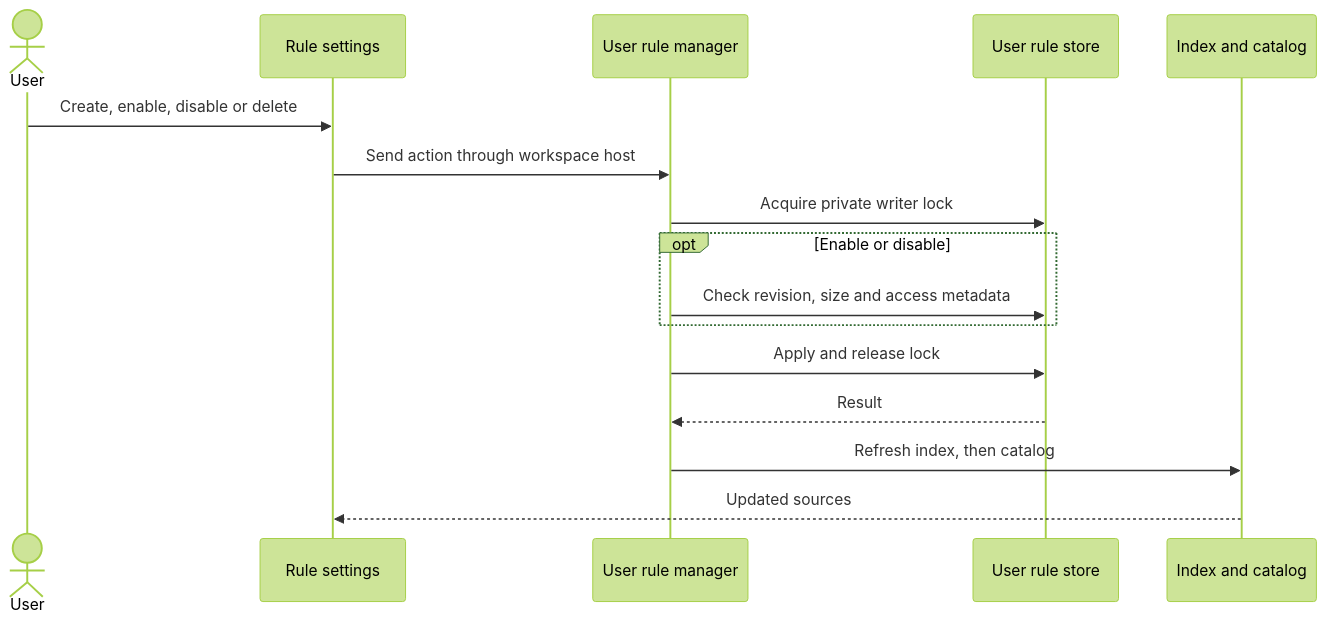
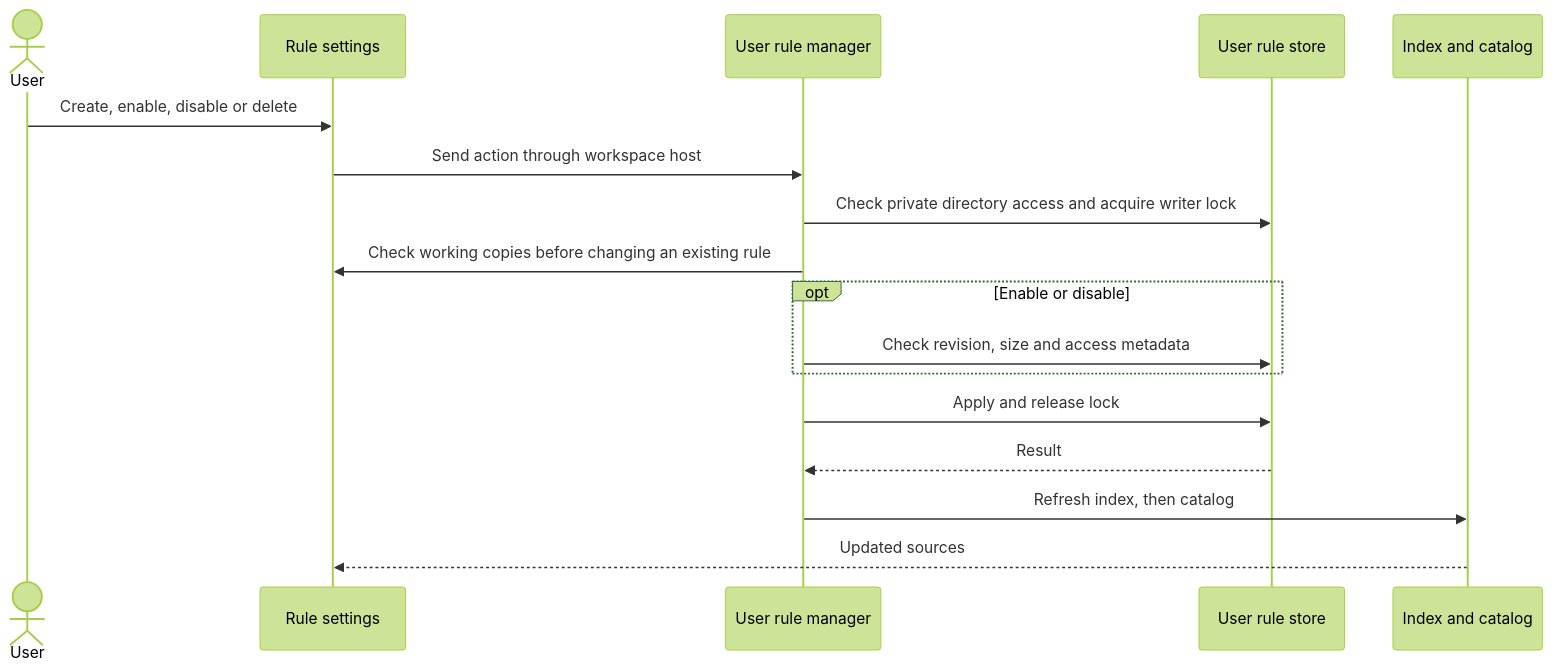
Before and after one commit to danceroutine/Glyph: the sixth of 10 diagrams in docs/AGENT_INSTRUCTIONS.md, drawn with Mermaid (forest theme). The commit also changed other lines of this file, not shown here.

````diff
--- a/docs/AGENT_INSTRUCTIONS.md
+++ b/docs/AGENT_INSTRUCTIONS.md
@@ -260,19 +264,20 @@
 ```mermaid
 sequenceDiagram
     actor User
     participant UI as Rule settings
     participant Manager as User rule manager
     participant Store as User rule store
     participant Catalog as Index and catalog
 
     User->>UI: Create, enable, disable or delete
     UI->>Manager: Send action through workspace host
-    Manager->>Store: Acquire private writer lock
+    Manager->>Store: Check private directory access and acquire writer lock
+    Manager->>UI: Check working copies before changing an existing rule
     opt Enable or disable
         Manager->>Store: Check revision, size and access metadata
     end
     Manager->>Store: Apply and release lock
     Store-->>Manager: Result
     Manager->>Catalog: Refresh index, then catalog
     Catalog-->>UI: Updated sources
 ```
````
